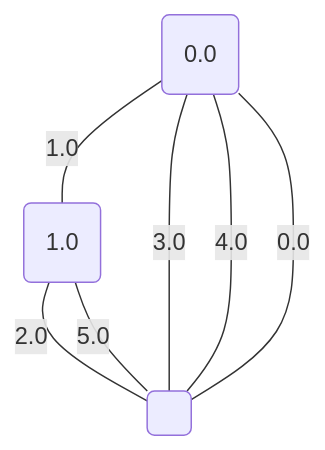
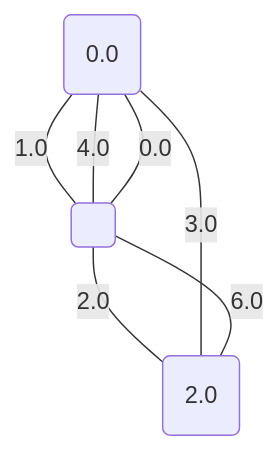
The third of 5 diagrams in project/src/testing/minCut.md (metury/graphs), drawn with Mermaid before and after one commit. The commit also changed other lines of this file and 52 other files, not shown here.

````diff
--- a/project/src/testing/minCut.md
+++ b/project/src/testing/minCut.md
@@ -49,12 +49,12 @@
 ```mermaid
 graph TD;
 0("0.0");
-1("1.0");
+1("2.0");
 2(" ");
 	2 -- "0.0" --- 0;
-	0 -- "1.0" --- 1;
-	1 -- "2.0" --- 2;
-	0 -- "3.0" --- 2;
+	0 -- "1.0" --- 2;
+	2 -- "2.0" --- 1;
+	0 -- "3.0" --- 1;
 	0 -- "4.0" --- 2;
-	1 -- "5.0" --- 2;
+	2 -- "6.0" --- 1;
 ```
````
